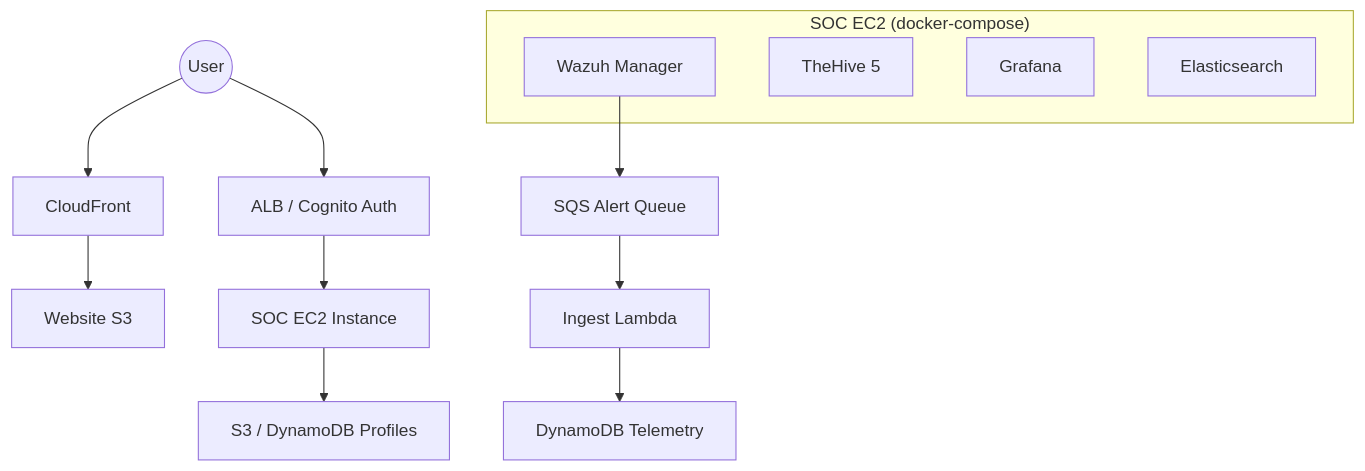
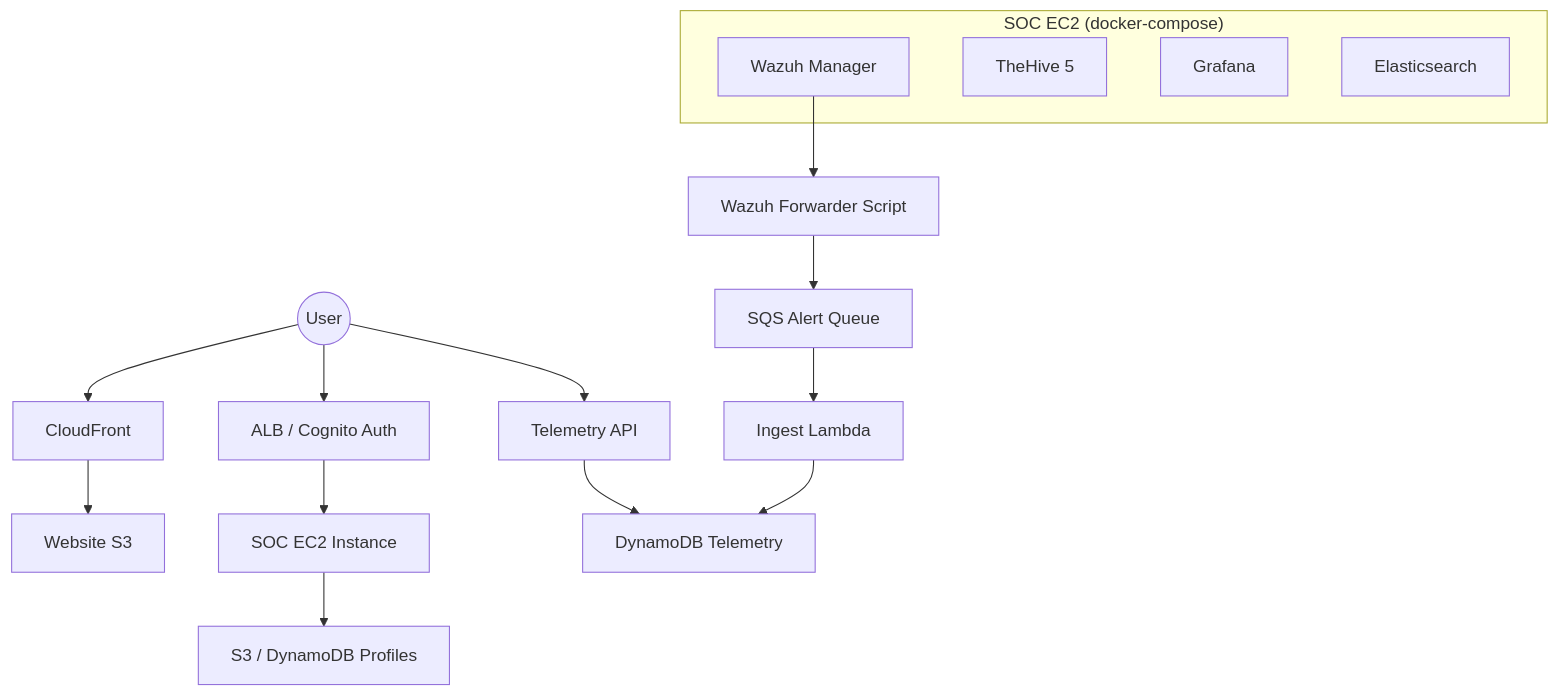
Before and after one commit to wjed/sentinel: the diagram in docs/ARCHITECTURE_POC.md, drawn with Mermaid. The commit also changed other lines of this file and 9 other files, not shown here.

````diff
--- a/docs/ARCHITECTURE_POC.md
+++ b/docs/ARCHITECTURE_POC.md
@@ -17,21 +17,25 @@
 ```mermaid
 graph TD
     User((User)) --> CF[CloudFront]
     CF --> S3[Website S3]
     
     User --> ALB[ALB / Cognito Auth]
     ALB --> EC2[SOC EC2 Instance]
     
     subgraph "SOC EC2 (docker-compose)"
         Wazuh[Wazuh Manager]
         TheHive[TheHive 5]
         Grafana[Grafana]
         ES[Elasticsearch]
     end
     
-    Wazuh --> SQS[SQS Alert Queue]
+    Wazuh --> FWD[Wazuh Forwarder Script]
+    FWD --> SQS[SQS Alert Queue]
     SQS --> Lambda[Ingest Lambda]
     Lambda --> DDB[DynamoDB Telemetry]
     
+    User --> TAPI[Telemetry API]
+    TAPI --> DDB
+    
     EC2 --> UserData[S3 / DynamoDB Profiles]
 ```
````
